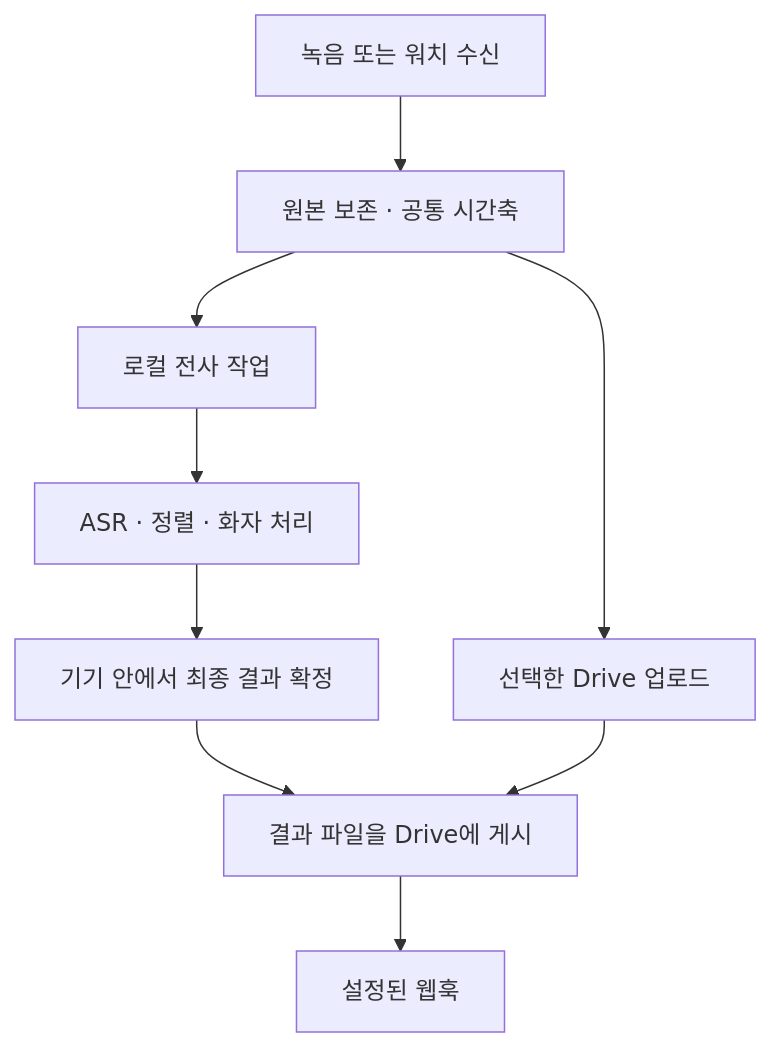
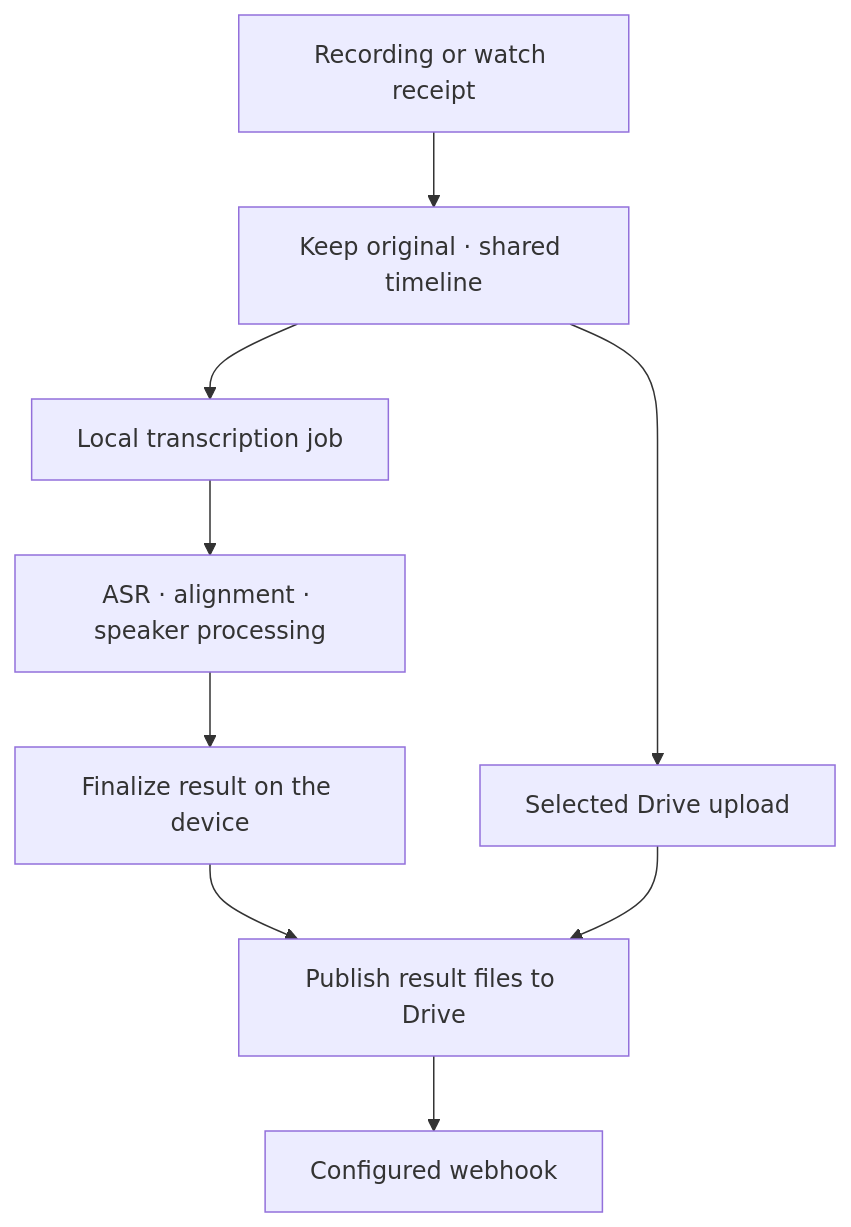
The diagram in docs/research/2026-09-23-local-transcription-architecture.md (rokrokss/recly), drawn with Mermaid before and after one commit. The commit also changed other lines of this file and 467 other files, not shown here.

````diff
--- a/docs/research/2026-09-23-local-transcription-architecture.md
+++ b/docs/research/2026-09-23-local-transcription-architecture.md
@@ -117,11 +117,11 @@
 ```mermaid
 flowchart TD
-    A[녹음 또는 워치 수신] --> B[원본 보존 · 공통 시간축]
-    B --> C[로컬 전사 작업]
-    B --> D[선택한 Drive 업로드]
-    C --> E[ASR · 정렬 · 화자 처리]
-    E --> F[기기 안에서 최종 결과 확정]
-    F --> G[결과 파일을 Drive에 게시]
+    A[Recording or watch receipt] --> B[Keep original · shared timeline]
+    B --> C[Local transcription job]
+    B --> D[Selected Drive upload]
+    C --> E[ASR · alignment · speaker processing]
+    E --> F[Finalize result on the device]
+    F --> G[Publish result files to Drive]
     D --> G
-    G --> H[설정된 웹훅]
+    G --> H[Configured webhook]
 ```
````
